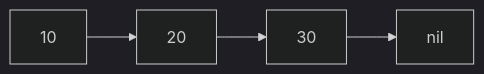
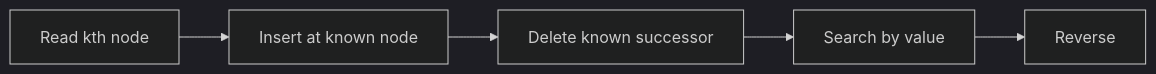
Before and after one commit to 9999dude/omega: the second of 16 diagrams in docs/datastructures/linked-list.md, drawn with Mermaid (dark theme). The commit also changed other lines of this file and 58 other files, not shown here.

````diff
--- a/docs/datastructures/linked-list.md
+++ b/docs/datastructures/linked-list.md
@@ -204,6 +59,8 @@
 ```mermaid
 flowchart LR
-    A["10"] --> B["20"]
-    B --> C["30"]
-    C --> N["nil"]
+    A0["Read kth node"]
+    A0 --> A1["Insert at known node"]
+    A1 --> A2["Delete known successor"]
+    A2 --> A3["Search by value"]
+    A3 --> A4["Reverse"]
 ```
````
